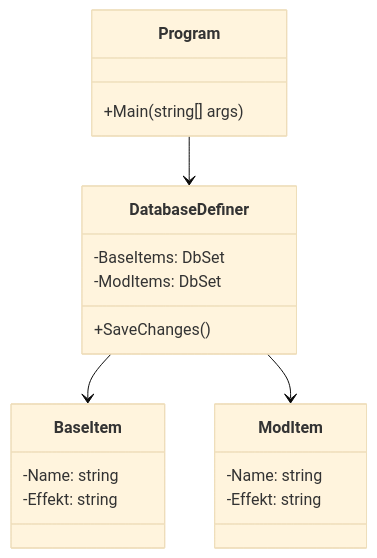
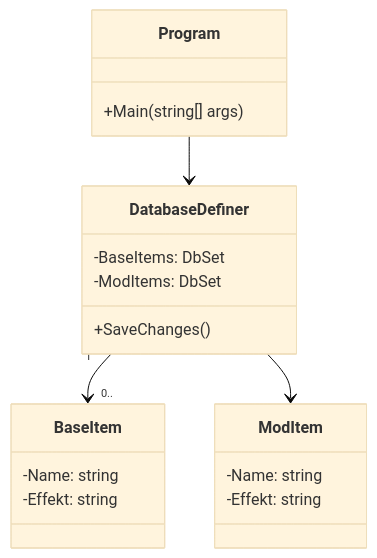
The second of 2 diagrams in README.md (TheRaim22/Projekt-Arbeit-Rahim), drawn with Mermaid (base theme) before and after one commit.

````diff
--- a/README.md
+++ b/README.md
@@ -42,27 +42,27 @@
 ```mermaid
 classDiagram
     class Program {
         +Main(string[] args)
     }
 
     class DatabaseDefiner {
         -BaseItems: DbSet<BaseItem>
         -ModItems: DbSet<ModItem>
         +SaveChanges()
     }
 
     class BaseItem {
         -Name: string
         -Effekt: string
     }
 
     class ModItem {
         -Name: string
         -Effekt: string
     }
 
     Program --> DatabaseDefiner
-    DatabaseDefiner --> BaseItem
+    DatabaseDefiner "1" --> "0.." BaseItem
     DatabaseDefiner --> ModItem
 
 ```
````
